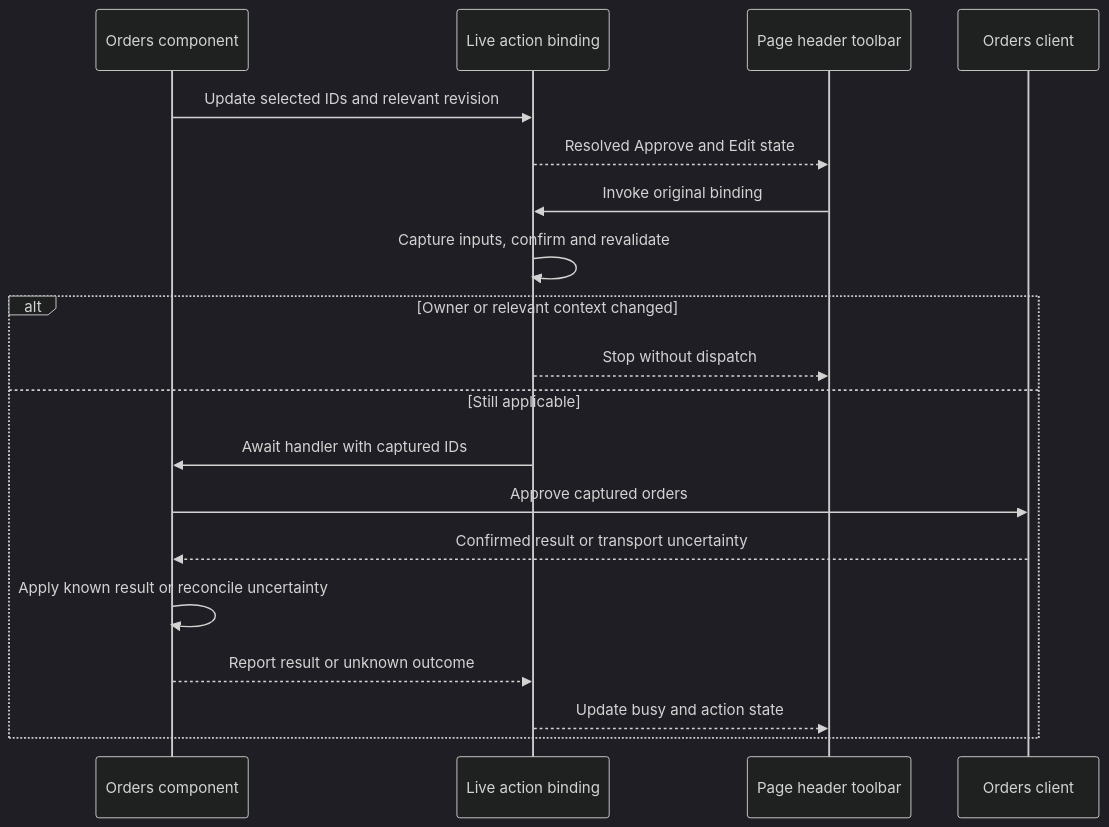
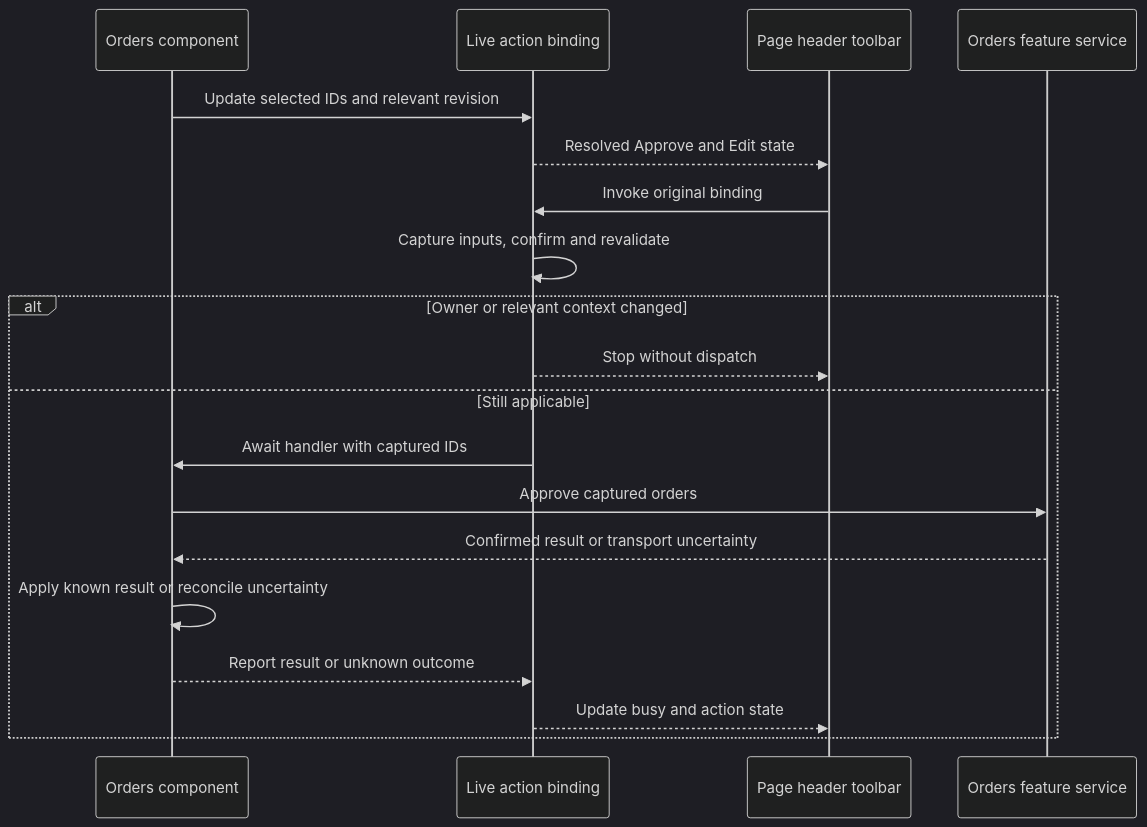
Before and after one commit to BridgingIT-GmbH/bITdevKit: the tenth of 10 diagrams in docs/specs/spec-blazor-presentation-framework.md, drawn with Mermaid (dark theme). The commit also changed other lines of this file, not shown here.

````diff
--- a/docs/specs/spec-blazor-presentation-framework.md
+++ b/docs/specs/spec-blazor-presentation-framework.md
@@ -1390,21 +1465,21 @@
 ```mermaid
 sequenceDiagram
     participant Owner as Orders component
     participant Binding as Live action binding
     participant Toolbar as Page header toolbar
-    participant Client as Orders client
+    participant Client as Orders feature service
     Owner->>Binding: Update selected IDs and relevant revision
     Binding-->>Toolbar: Resolved Approve and Edit state
     Toolbar->>Binding: Invoke original binding
     Binding->>Binding: Capture inputs, confirm and revalidate
     alt Owner or relevant context changed
         Binding-->>Toolbar: Stop without dispatch
     else Still applicable
         Binding->>Owner: Await handler with captured IDs
         Owner->>Client: Approve captured orders
         Client-->>Owner: Confirmed result or transport uncertainty
         Owner->>Owner: Apply known result or reconcile uncertainty
         Owner-->>Binding: Report result or unknown outcome
         Binding-->>Toolbar: Update busy and action state
     end
 ```
````
